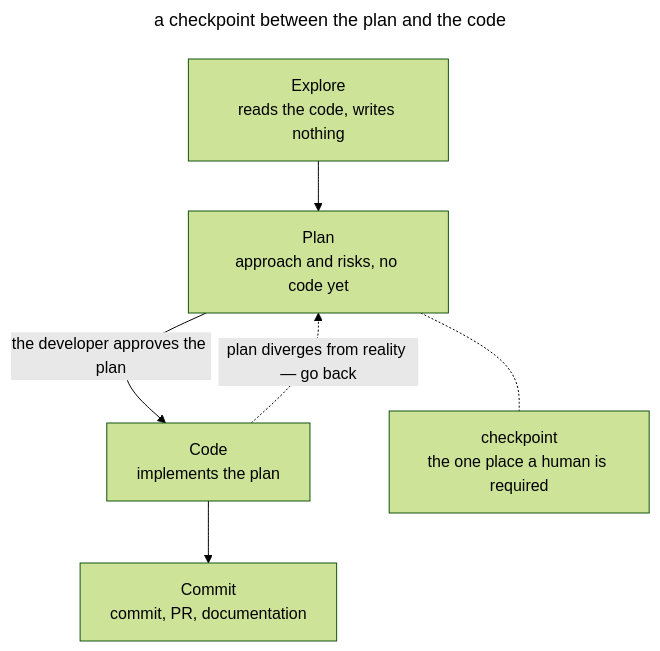
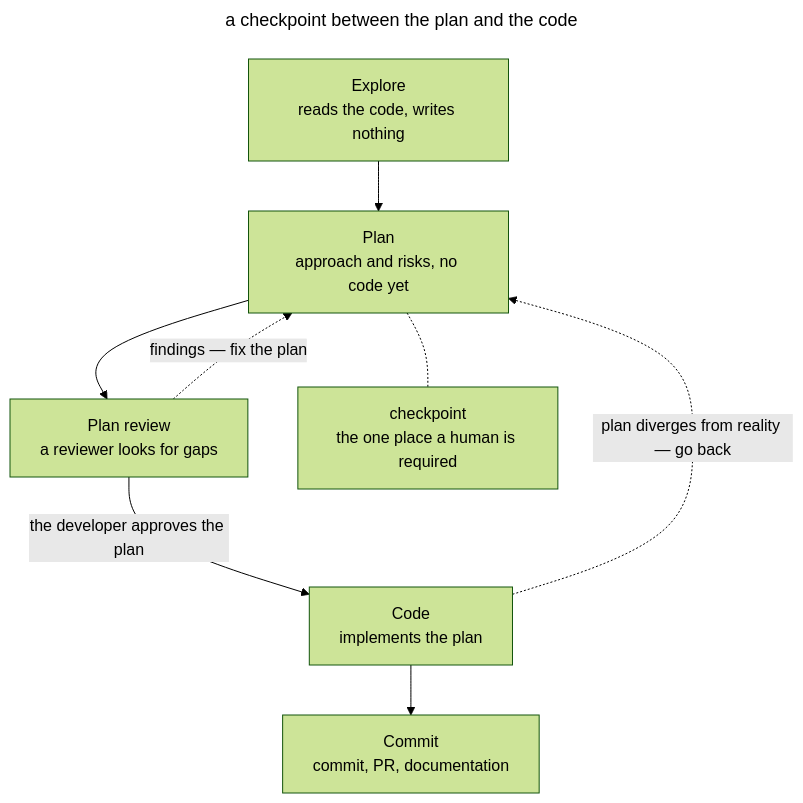
The diagram in book/en/explore-plan-code-commit.md (Rastavelli/agentic-coding-design-patterns), drawn with Mermaid (forest theme) before and after one commit. The commit also changed other lines of this file and 2 other files, not shown here.

Commit message:
docs: add agent review of the plan to four phases

````diff
--- a/book/en/explore-plan-code-commit.md
+++ b/book/en/explore-plan-code-commit.md
@@ -53,16 +53,19 @@
 ```mermaid
 ---
 title: a checkpoint between the plan and the code
 ---
 flowchart TB
   explore["Explore<br/>reads the code, writes nothing"]
   plan["Plan<br/>approach and risks, no code yet"]
+  check["Plan review<br/>a reviewer looks for gaps"]:::muted
   code["Code<br/>implements the plan"]
   commit["Commit<br/>commit, PR, documentation"]
   explore --> plan
-  plan -- "the developer approves the plan" --> code
+  plan --> check
+  check -. "findings — fix the plan" .-> plan
+  check -- "the developer approves the plan" --> code
   code --> commit
   code -. "plan diverges from reality — go back" .-> plan
   gate["checkpoint<br/>the one place a human is required"]:::warn
   plan -.- gate
 ```
````
